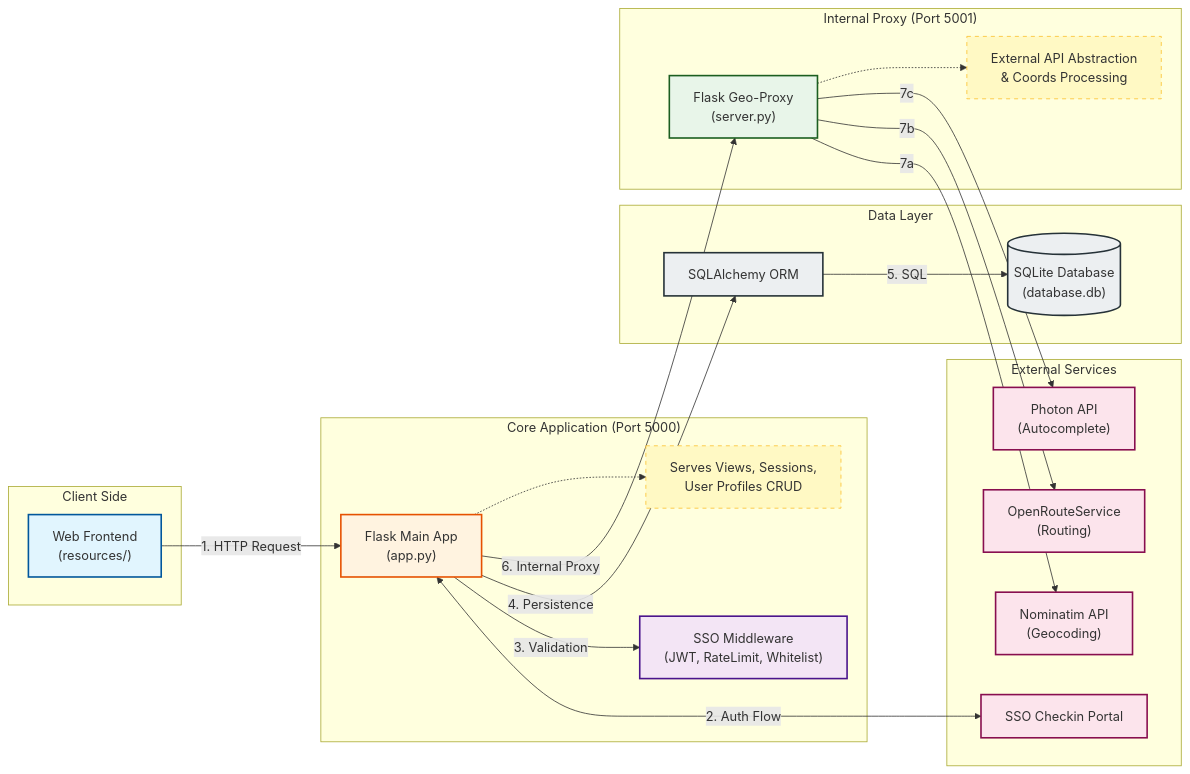
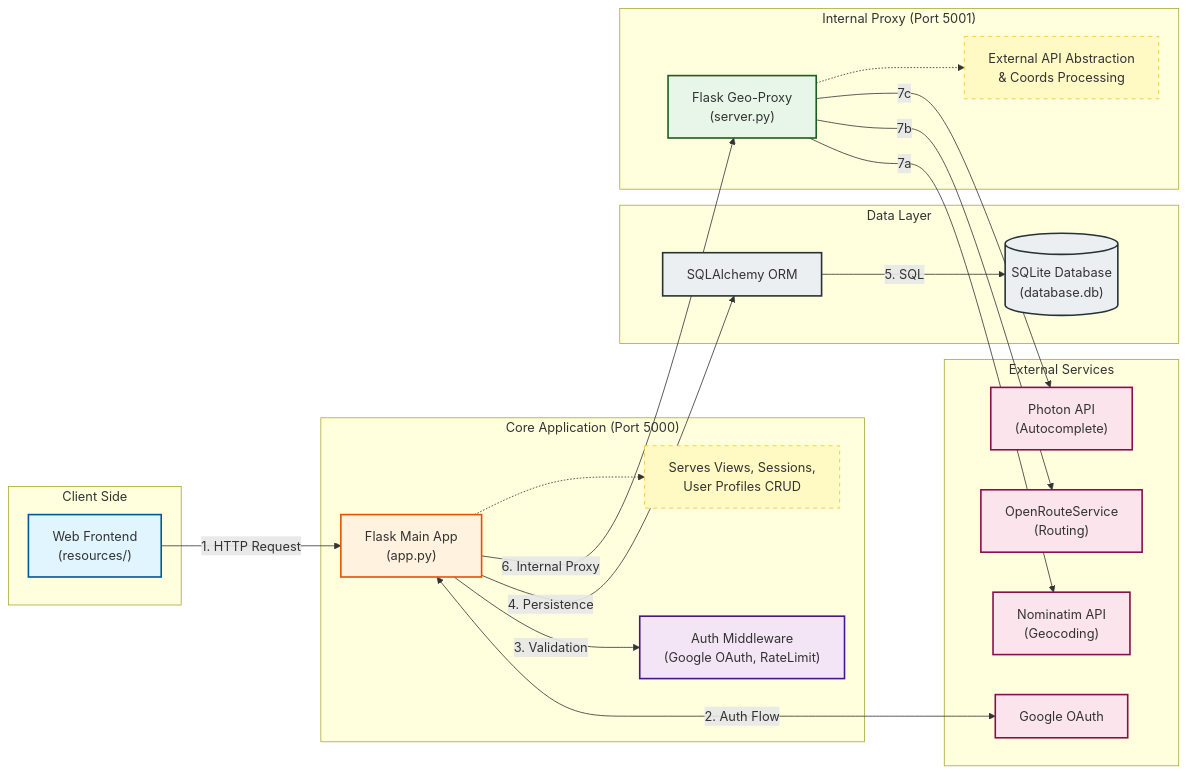
The diagram in ARCHITECTURE.md (stageMatch/stageMatch), drawn with Mermaid before and after one commit. The commit also changed 13 other files, not shown here.

Commit message:
Gestione login studente built-in con google oauth

````diff
--- a/ARCHITECTURE.md
+++ b/ARCHITECTURE.md
@@ -21,60 +21,60 @@
 ```mermaid
 graph LR
     classDef frontend fill:#e1f5fe,stroke:#01579b,stroke-width:2px;
     classDef backend fill:#fff3e0,stroke:#e65100,stroke-width:2px;
     classDef proxy fill:#e8f5e9,stroke:#1b5e20,stroke-width:2px;
     classDef auth fill:#f3e5f5,stroke:#4a148c,stroke-width:2px;
     classDef db fill:#eceff1,stroke:#263238,stroke-width:2px;
     classDef external fill:#fce4ec,stroke:#880e4f,stroke-width:2px;
     classDef note fill:#fff9c4,stroke:#fbc02d,stroke-width:1px,stroke-dasharray:5 5;
 
     subgraph Client ["Client Side"]
         FE["Web Frontend<br/>(resources/)"]:::frontend
     end
 
     subgraph Core ["Core Application (Port 5000)"]
         App["Flask Main App<br/>(app.py)"]:::backend
-        SSO["SSO Middleware<br/>(JWT, RateLimit, Whitelist)"]:::auth
+        SSO["Auth Middleware<br/>(Google OAuth, RateLimit)"]:::auth
         note_app["Serves Views, Sessions,<br/>User Profiles CRUD"]:::note
     end
 
     subgraph Storage ["Data Layer"]
         ORM["SQLAlchemy ORM"]:::db
         DB[("SQLite Database<br/>(database.db)")]:::db
     end
 
     subgraph Internal_Proxy ["Internal Proxy (Port 5001)"]
         Server["Flask Geo-Proxy<br/>(server.py)"]:::proxy
         note_server["External API Abstraction<br/>& Coords Processing"]:::note
     end
 
     subgraph External ["External Services"]
-        Portal["SSO Checkin Portal"]:::external
+        Google["Google OAuth"]:::external
         Photon["Photon API<br/>(Autocomplete)"]:::external
         Nominatim["Nominatim API<br/>(Geocoding)"]:::external
         ORS["OpenRouteService<br/>(Routing)"]:::external
     end
 
     %% Client Interactions
     FE -->|"1. HTTP Request"| App
 
     %% Authentication Flow
-    App <-->|"2. Auth Flow"| Portal
+    App <-->|"2. Auth Flow"| Google
     App -->|"3. Validation"| SSO
 
     %% Database Flow
     App -->|"4. Persistence"| ORM
     ORM -->|"5. SQL"| DB
 
     %% Proxy Flow
     App -->|"6. Internal Proxy"| Server
     
     %% External API Flow
     Server -->|"7a"| Nominatim
     Server -->|"7b"| ORS
     Server -->|"7c"| Photon
 
     %% Notes
     App -.-> note_app
     Server -.-> note_server
 ```
````
